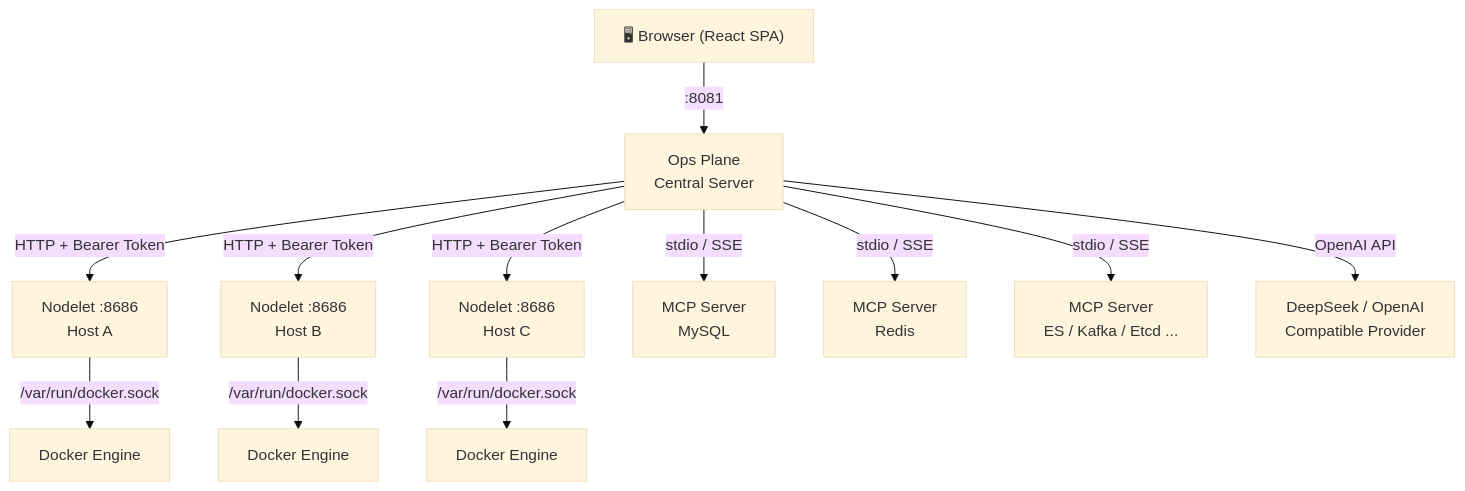
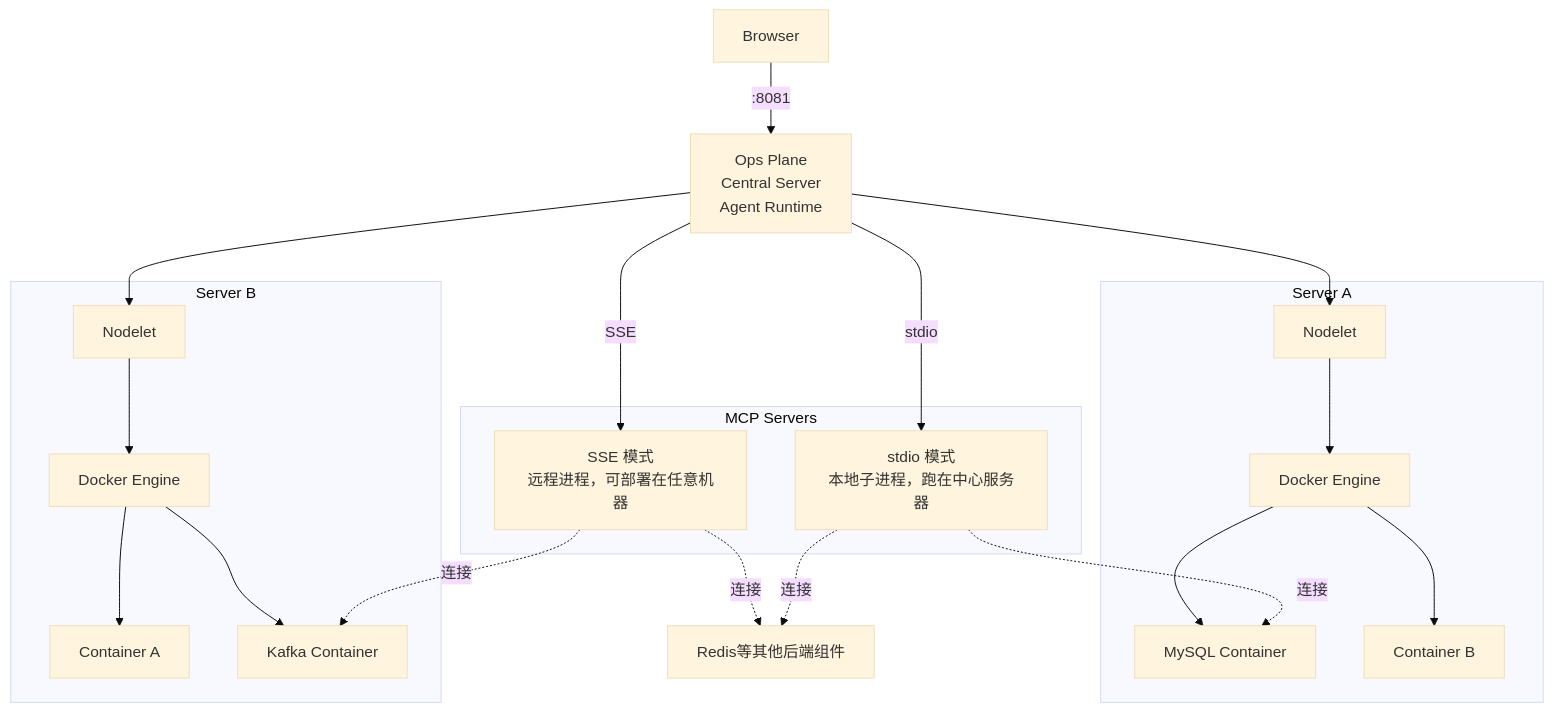
The first of 2 diagrams in README.md (agermel/oops), drawn with Mermaid (base theme) before and after one commit. The commit also changed other lines of this file and 35 other files, not shown here.

First line of the commit message:
docs: README architecture rewrite with agent internals and sandbox

````diff
--- a/README.md
+++ b/README.md
@@ -14,18 +20,39 @@
 ```mermaid
 graph TB
-    Browser["🖥 Browser (React SPA)"] -->|":8081"| OpsPlane["Ops Plane<br/>Central Server"]
+    Browser["Browser"] -->|":8081"| OpsPlane["Ops Plane<br/>Central Server<br/>Agent Runtime"]
 
-    OpsPlane -->|"HTTP + Bearer Token"| Nodelet1["Nodelet :8686<br/>Host A"]
-    OpsPlane -->|"HTTP + Bearer Token"| Nodelet2["Nodelet :8686<br/>Host B"]
-    OpsPlane -->|"HTTP + Bearer Token"| Nodelet3["Nodelet :8686<br/>Host C"]
+    subgraph ServerA["Server A"]
+        NodeletA["Nodelet"]
+        DockerA["Docker Engine"]
+        NodeletA --> DockerA
+        DockerA --> MySQL["MySQL Container"]
+        DockerA --> B["Container B"]
+    end
 
-    OpsPlane -->|"stdio / SSE"| MCP1["MCP Server<br/>MySQL"]
-    OpsPlane -->|"stdio / SSE"| MCP2["MCP Server<br/>Redis"]
-    OpsPlane -->|"stdio / SSE"| MCP3["MCP Server<br/>ES / Kafka / Etcd ..."]
+    subgraph ServerB["Server B"]
+        NodeletB["Nodelet"]
+        DockerB["Docker Engine"]
+        NodeletB --> DockerB
+        DockerB --> A["Container A"]
+        DockerB --> Kafka["Kafka Container"]
+    end
 
-    OpsPlane -->|"OpenAI API"| LLM["DeepSeek / OpenAI<br/>Compatible Provider"]
 
-    Nodelet1 -->|"/var/run/docker.sock"| Docker1["Docker Engine"]
-    Nodelet2 -->|"/var/run/docker.sock"| Docker2["Docker Engine"]
-    Nodelet3 -->|"/var/run/docker.sock"| Docker3["Docker Engine"]
+    OpsPlane --> NodeletA
+    OpsPlane --> NodeletB
+
+    subgraph MCPServers["MCP Servers"]
+        MCPLocal["stdio 模式<br/>本地子进程，跑在中心服务器"]
+        MCPRemote["SSE 模式<br/>远程进程，可部署在任意机器"]
+    end
+
+    Redis["Redis等其他后端组件"]
+
+    OpsPlane -->|"stdio"| MCPLocal
+    OpsPlane -->|"SSE"| MCPRemote
+
+    MCPRemote -.->|"连接"| Kafka
+    MCPRemote -.->|"连接"| Redis
+    MCPLocal -.->|"连接"| MySQL
+    MCPLocal -.->|"连接"| Redis
 ```
````
